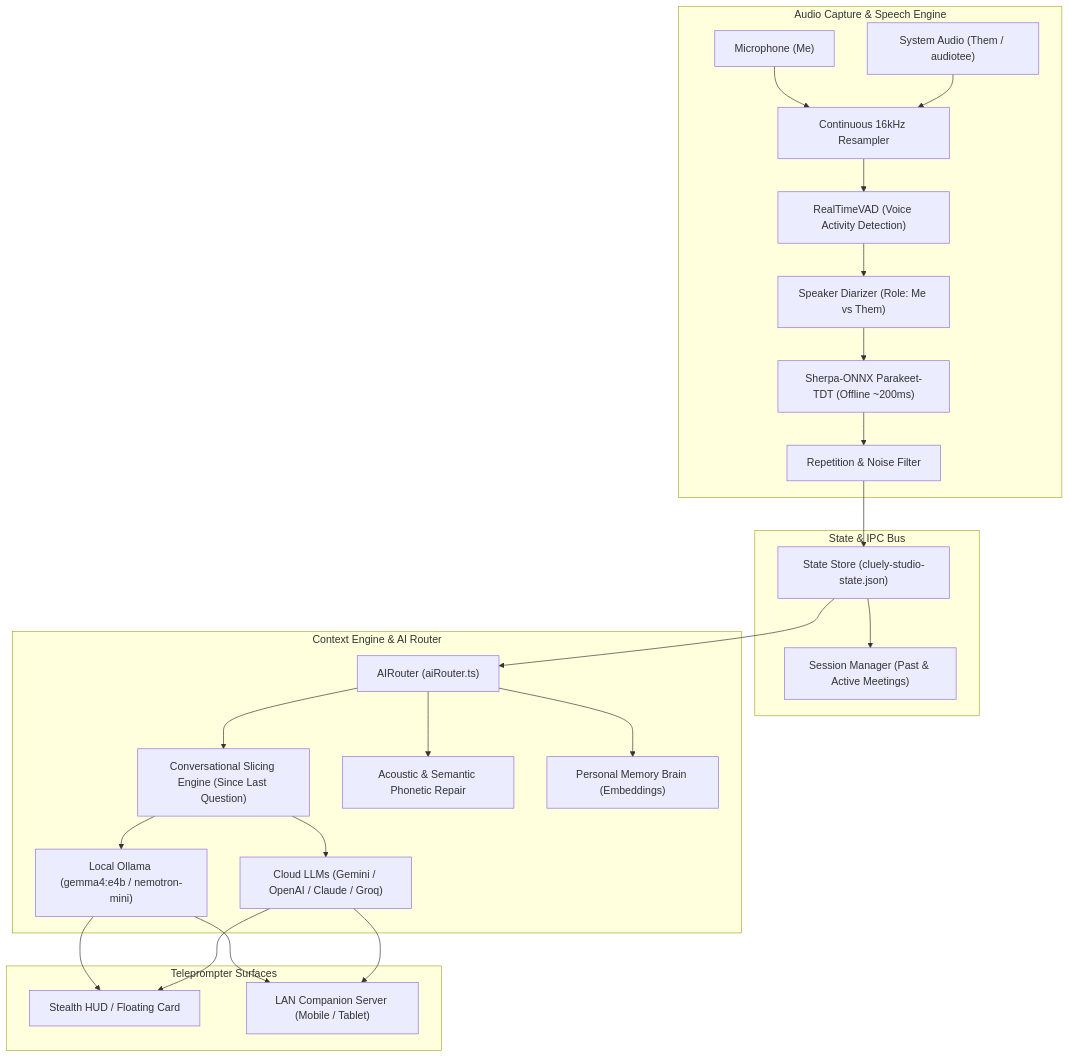
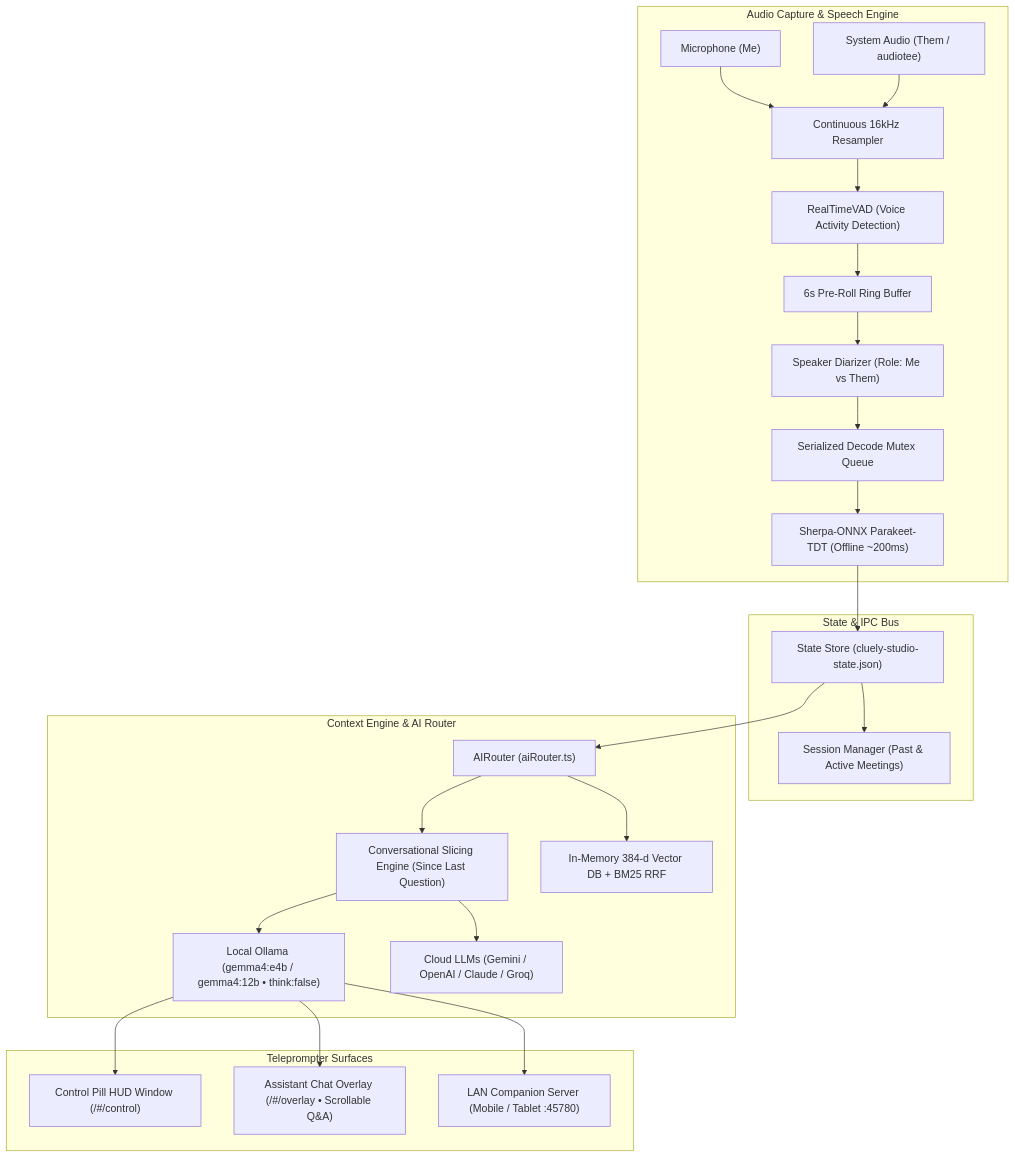
One commit to piyushgoel2808/CluelyStudio changed the diagram in docs/README.md. Above: the diagram before and after it, drawn with Mermaid. The commit also changed other lines of this file and 26 other files, not shown here.

````diff
--- a/docs/README.md
+++ b/docs/README.md
@@ -23,32 +23,31 @@
 ```mermaid
 flowchart TD
     subgraph AudioEngine["Audio Capture & Speech Engine"]
         Mic["Microphone (Me)"] --> Resampler["Continuous 16kHz Resampler"]
         Loopback["System Audio (Them / audiotee)"] --> Resampler
         Resampler --> VAD["RealTimeVAD (Voice Activity Detection)"]
-        VAD --> Diarizer["Speaker Diarizer (Role: Me vs Them)"]
-        Diarizer --> Sherpa["Sherpa-ONNX Parakeet-TDT (Offline ~200ms)"]
-        Sherpa --> Filter["Repetition & Noise Filter"]
+        VAD --> RingBuf["6s Pre-Roll Ring Buffer"]
+        RingBuf --> Diarizer["Speaker Diarizer (Role: Me vs Them)"]
+        Diarizer --> Mutex["Serialized Decode Mutex Queue"]
+        Mutex --> Sherpa["Sherpa-ONNX Parakeet-TDT (Offline ~200ms)"]
     end
 
     subgraph StateAndIPC["State & IPC Bus"]
-        Filter --> Store["State Store (cluely-studio-state.json)"]
+        Sherpa --> Store["State Store (cluely-studio-state.json)"]
         Store --> Sessions["Session Manager (Past & Active Meetings)"]
     end
 
     subgraph AIRouterEngine["Context Engine & AI Router"]
         Store --> Router["AIRouter (aiRouter.ts)"]
         Router --> Slicer["Conversational Slicing Engine (Since Last Question)"]
-        Router --> PhoneticRepair["Acoustic & Semantic Phonetic Repair"]
-        Router --> Memory["Personal Memory Brain (Embeddings)"]
-        Slicer --> Ollama["Local Ollama (gemma4:e4b / nemotron-mini)"]
+        Router --> Memory["In-Memory 384-d Vector DB + BM25 RRF"]
+        Slicer --> Ollama["Local Ollama (gemma4:e4b / gemma4:12b • think:false)"]
         Slicer --> CloudLLM["Cloud LLMs (Gemini / OpenAI / Claude / Groq)"]
     end
 
     subgraph DisplaySurfaces["Teleprompter Surfaces"]
-        Ollama --> Overlay["Stealth HUD / Floating Card"]
-        CloudLLM --> Overlay
-        Ollama --> Companion["LAN Companion Server (Mobile / Tablet)"]
-        CloudLLM --> Companion
+        Ollama --> ControlPill["Control Pill HUD Window (/#/control)"]
+        Ollama --> Overlay["Assistant Chat Overlay (/#/overlay • Scrollable Q&A)"]
+        Ollama --> Companion["LAN Companion Server (Mobile / Tablet :45780)"]
     end
 ```
````
